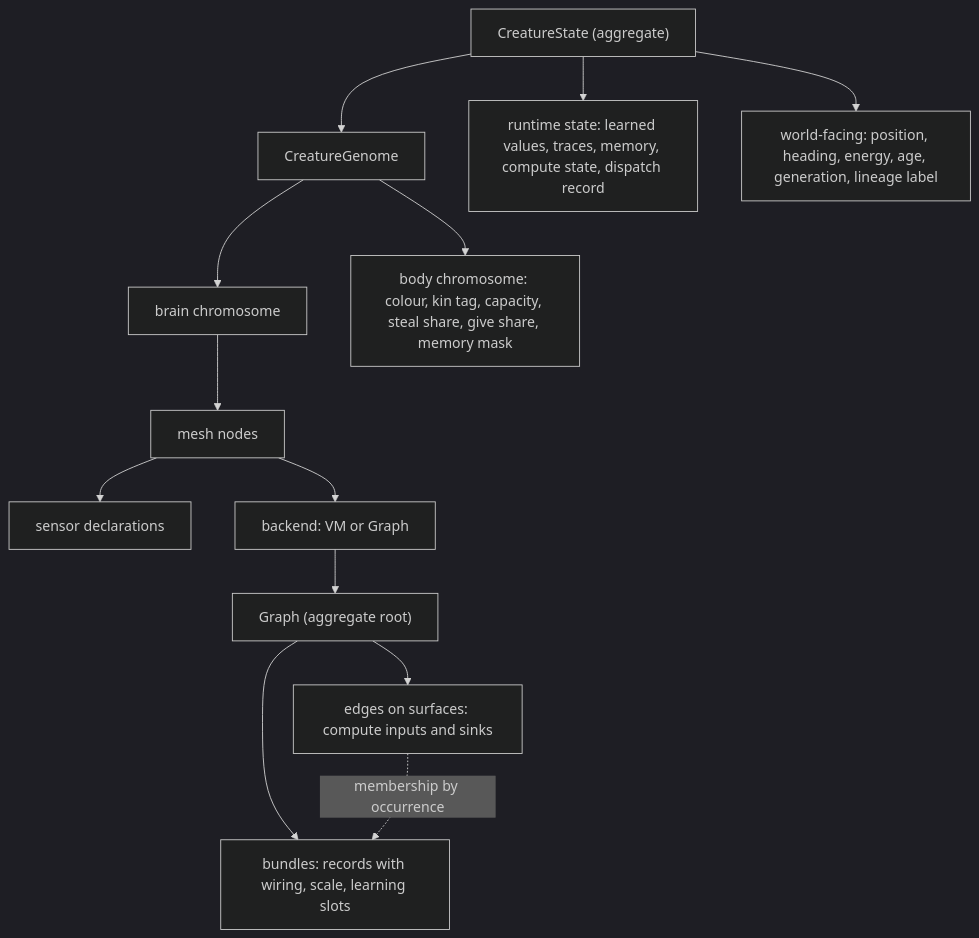
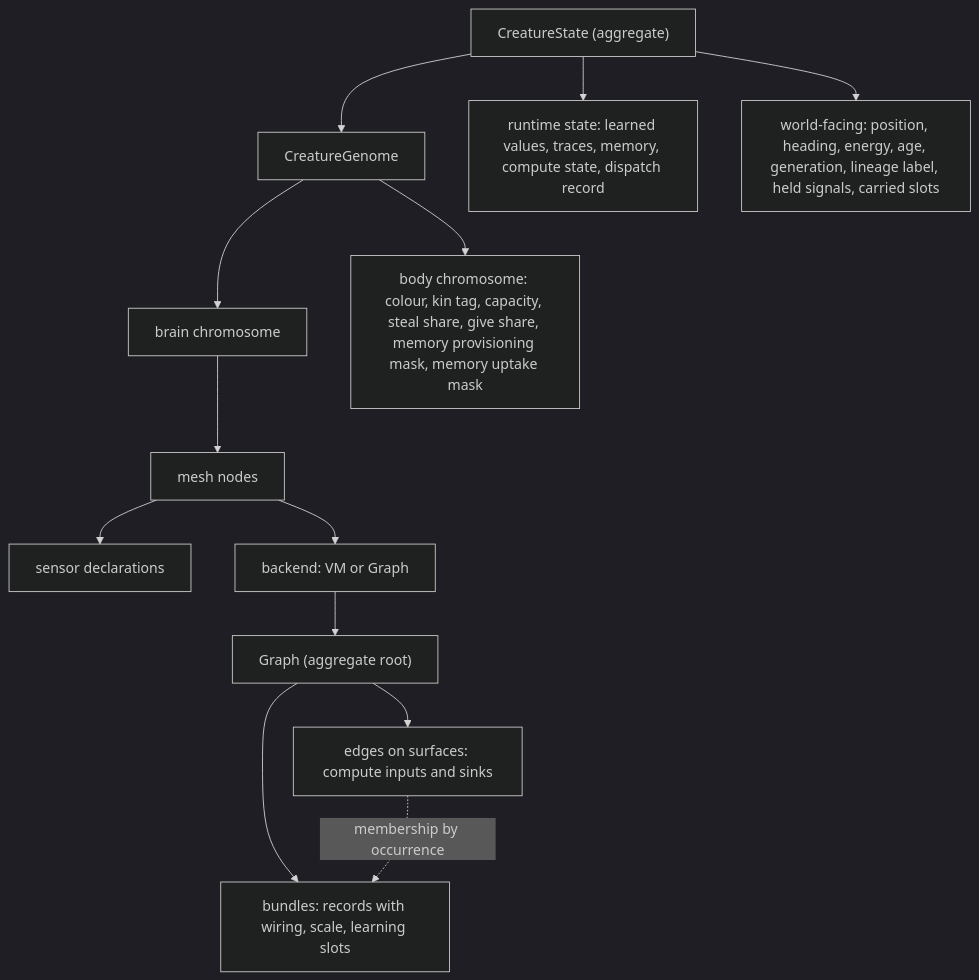
The third of 4 diagrams in docs/architecture.md (iadknet/petri), drawn with Mermaid (dark theme) before and after one commit. The commit also changed other lines of this file and 6 other files, not shown here.

First line of the commit message:
docs(architecture): adopt the adversarial review: inheritance mappings, scheduling and mechanics, direct imports, two memory masks

````diff
--- a/docs/architecture.md
+++ b/docs/architecture.md
@@ -121,15 +150,15 @@
 ```mermaid
 flowchart TD
   CS["CreatureState (aggregate)"] --> G["CreatureGenome"]
   CS --> RT["runtime state: learned values, traces, memory, compute state, dispatch record"]
-  CS --> W["world-facing: position, heading, energy, age, generation, lineage label"]
+  CS --> W["world-facing: position, heading, energy, age, generation, lineage label, held signals, carried slots"]
   G --> BR["brain chromosome"]
-  G --> BO["body chromosome: colour, kin tag, capacity, steal share, give share, memory mask"]
+  G --> BO["body chromosome: colour, kin tag, capacity, steal share, give share, memory provisioning mask, memory uptake mask"]
   BR --> N["mesh nodes"]
   N --> D["sensor declarations"]
   N --> B["backend: VM or Graph"]
   B --> GR["Graph (aggregate root)"]
   GR --> E["edges on surfaces: compute inputs and sinks"]
   GR --> BU["bundles: records with wiring, scale, learning slots"]
   E -.->|"membership by occurrence"| BU
 ```
````
